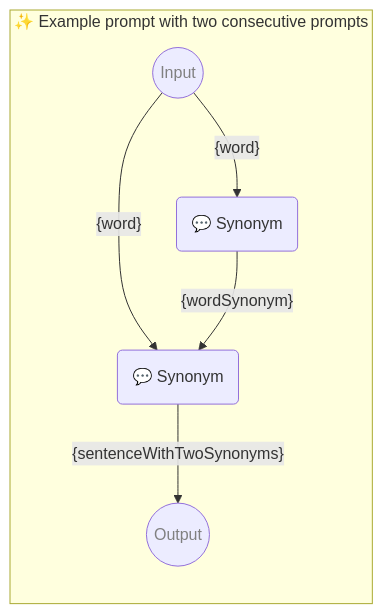
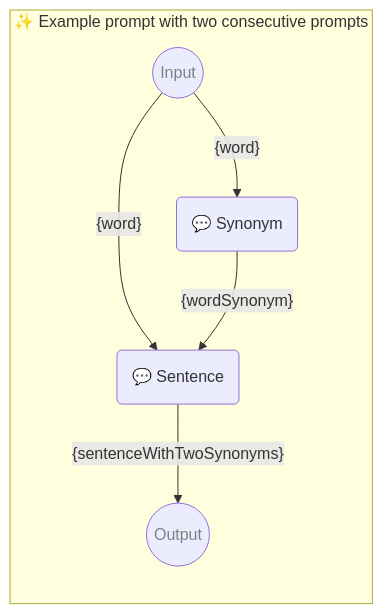
Before and after one commit to webgptorg/promptbook: the diagram in examples/pipelines/20-two.book.md, drawn with Mermaid. The commit also changed other lines of this file and 1 other file, not shown here.

````diff
--- a/examples/pipelines/20-two.book.md
+++ b/examples/pipelines/20-two.book.md
@@ -12,26 +12,26 @@
 ```mermaid
 %% 🔮 Tip: Open this on GitHub or in the VSCode website to see the Mermaid graph visually
 
 flowchart LR
   subgraph "✨ Example prompt with two consecutive prompts"
 
       direction TB
 
       input((Input)):::input
-      synonym-0("💬 Synonym")
-      input--"{word}"-->synonym-0
-      synonym-1("💬 Synonym")
-      input--"{word}"-->synonym-1
-      synonym-0--"{wordSynonym}"-->synonym-1
+      synonym("💬 Synonym")
+      input--"{word}"-->synonym
+      sentence("💬 Sentence")
+      input--"{word}"-->sentence
+      synonym--"{wordSynonym}"-->sentence
 
-      synonym-1--"{sentenceWithTwoSynonyms}"-->output
+      sentence--"{sentenceWithTwoSynonyms}"-->output
       output((Output)):::output
 
-      click synonym-0 href "#synonym-0" "💬 Synonym";
-      click synonym-1 href "#synonym-1" "💬 Synonym";
+      click synonym href "#synonym" "💬 Synonym";
+      click sentence href "#sentence" "💬 Sentence";
 
       classDef input color: grey;
       classDef output color: grey;
 
   end;
 ```
````
